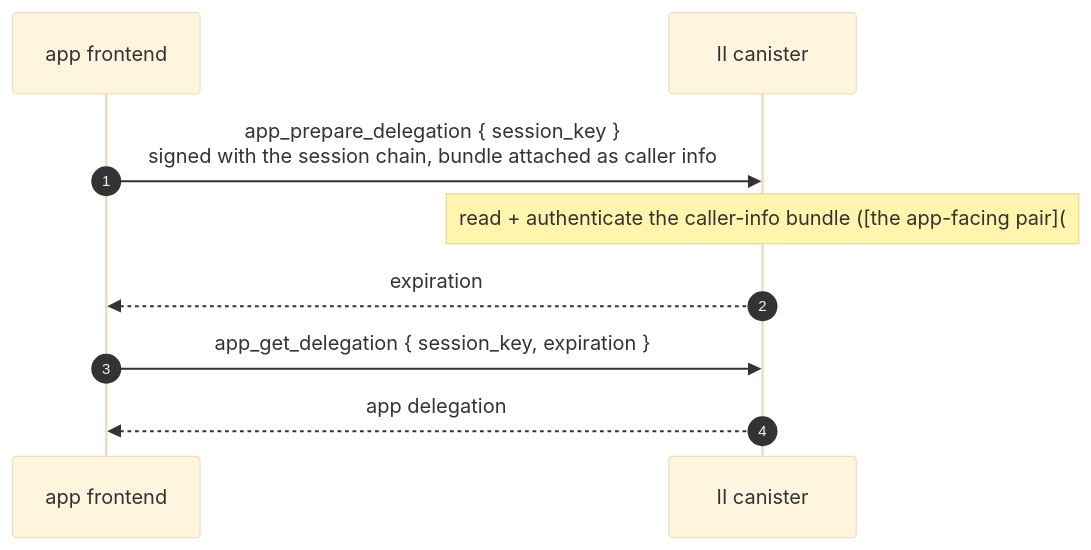
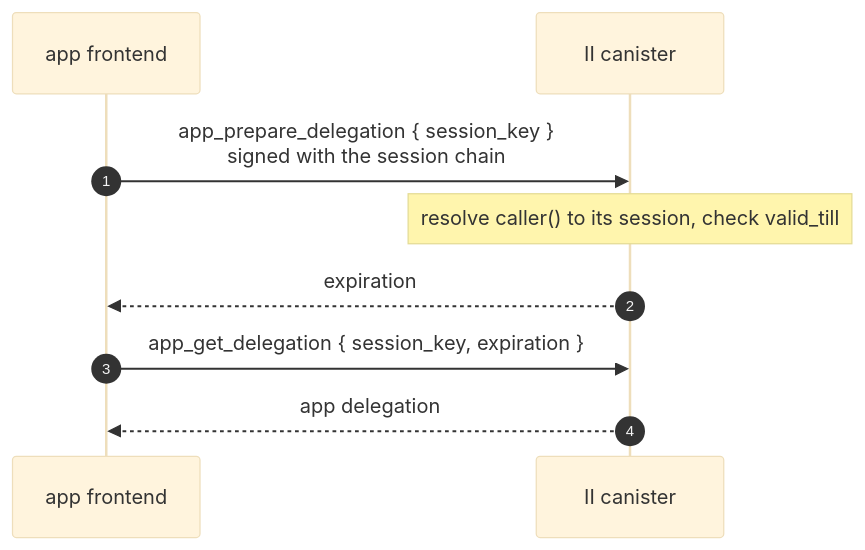
Before and after one commit to dfinity/internet-identity: the fifth of 7 diagrams in docs/ongoing/revocable-app-sessions-spec.md, drawn with Mermaid (base theme). The commit also changed other lines of this file and 1 other file, not shown here.

First line of the commit message:
docs: give the browser a key of its own

````diff
--- a/docs/ongoing/revocable-app-sessions-spec.md
+++ b/docs/ongoing/revocable-app-sessions-spec.md
@@ -364,11 +535,11 @@
 ```mermaid
 sequenceDiagram
     autonumber
     participant App as app frontend
     participant IIC as II canister
-    App->>IIC: app_prepare_delegation { session_key }<br/>signed with the session chain, bundle attached as caller info
-    Note over IIC: read + authenticate the caller-info bundle ([the app-facing pair](#the-app-facing-pair))<br/>match caller() over the records, check valid_till ([matching](#matching))<br/>cap the TTL to valid_till
+    App->>IIC: app_prepare_delegation { session_key }<br/>signed with the session chain
+    Note over IIC: resolve caller() to its session, check valid_till
     IIC-->>App: expiration
     App->>IIC: app_get_delegation { session_key, expiration }
     IIC-->>App: app delegation
 ```
````
